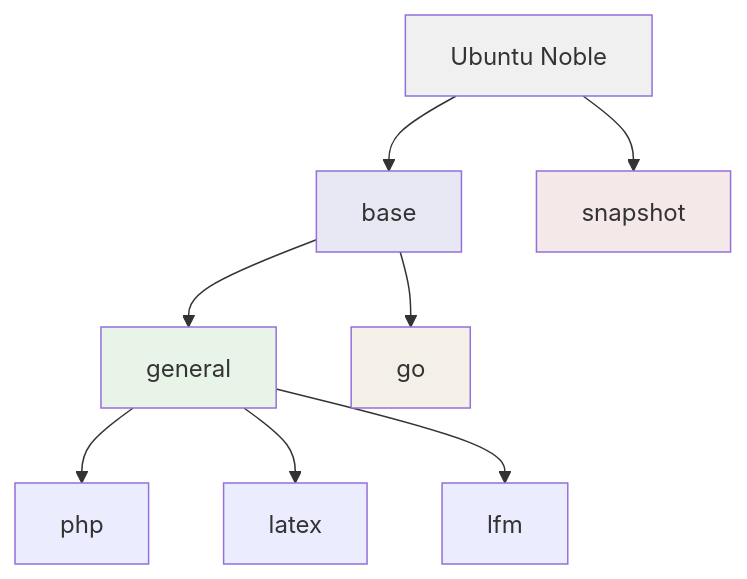
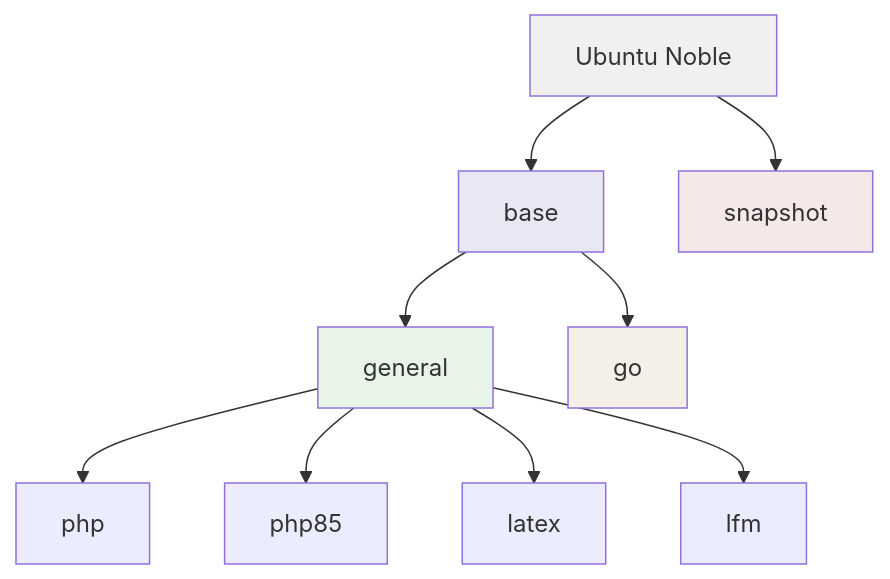
One commit to devbasex/devbase changed the third of 3 diagrams in docs/user/container-operations.md. Above: the diagram before and after it, drawn with Mermaid. The commit also changed other lines of this file and 9 other files, not shown here.

````diff
--- a/docs/user/container-operations.md
+++ b/docs/user/container-operations.md
@@ -153,16 +153,17 @@
 ```mermaid
 graph TD
     A[Ubuntu Noble] --> B[base]
     B --> C[general]
     B --> G[go]
     C --> D[php]
+    C --> I[php85]
     C --> E[latex]
     C --> F[lfm]
     A --> H[snapshot]
 
     style A fill:#f0f0f0
     style B fill:#e8e8f4
     style C fill:#e8f4e8
     style G fill:#f4f0e8
     style H fill:#f4e8e8
 ```
````
